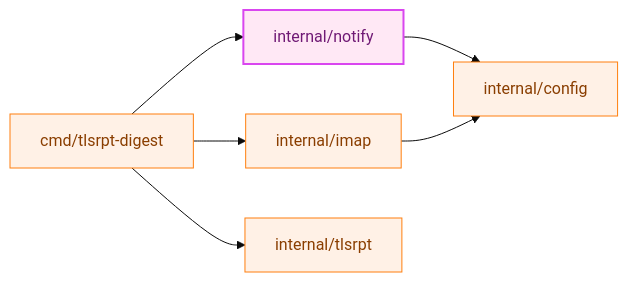
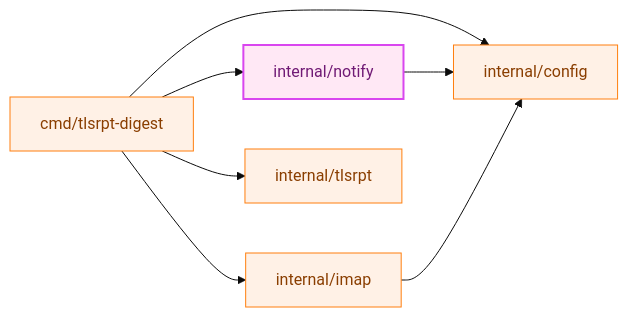
The fifth of 11 diagrams in docs/tasks/0030_slack_notify/02_architecture.md (isseis/tlsrpt-digest), drawn with Mermaid (base theme) before and after one commit. The commit also changed other lines of this file, not shown here.

First line of the commit message:
docs(0030): refine architecture design based on review

````diff
--- a/docs/tasks/0030_slack_notify/02_architecture.md
+++ b/docs/tasks/0030_slack_notify/02_architecture.md
@@ -118,14 +127,16 @@
 ```mermaid
 flowchart LR
+    classDef data fill:#e6f7ff,stroke:#1f77b4,stroke-width:1px,color:#0b3d91;
     classDef process fill:#fff1e6,stroke:#ff7f0e,stroke-width:1px,color:#8a3e00;
     classDef newpkg fill:#ffe8f5,stroke:#d946ef,stroke-width:2px,color:#701a75;
 
     CMD["cmd/tlsrpt-digest"] --> NOTIFY["internal/notify"]
+    CMD --> CONFIG["internal/config"]
     CMD --> IMAP["internal/imap"]
     CMD --> TLSRPT["internal/tlsrpt"]
     NOTIFY --> CONFIG["internal/config"]
     IMAP --> CONFIG
 
     class CMD,IMAP,TLSRPT,CONFIG process
     class NOTIFY newpkg
 ```
````
